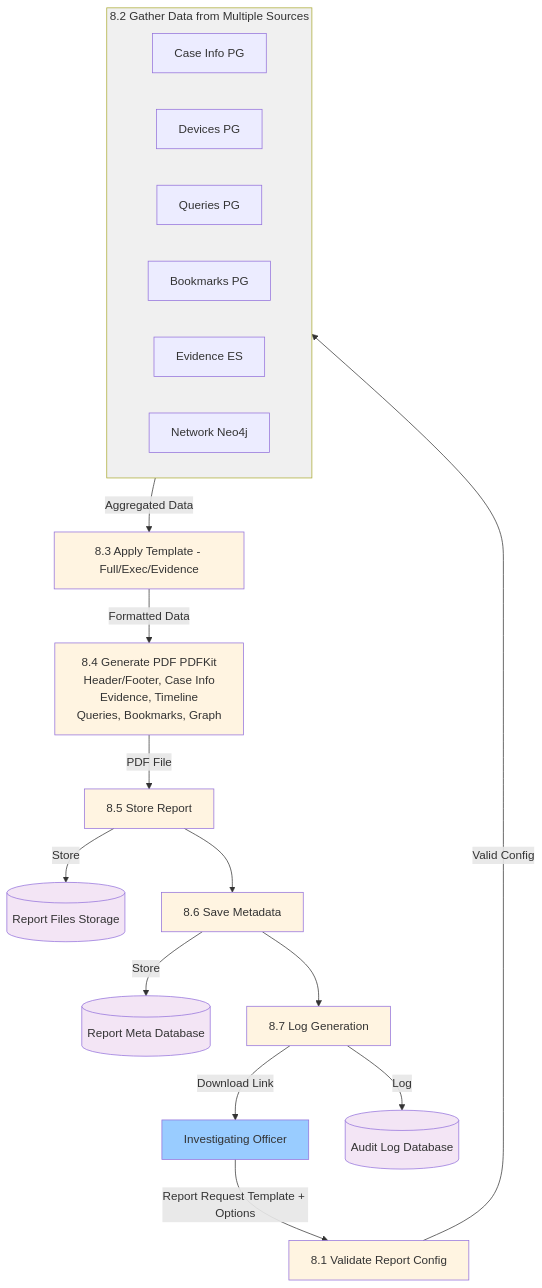
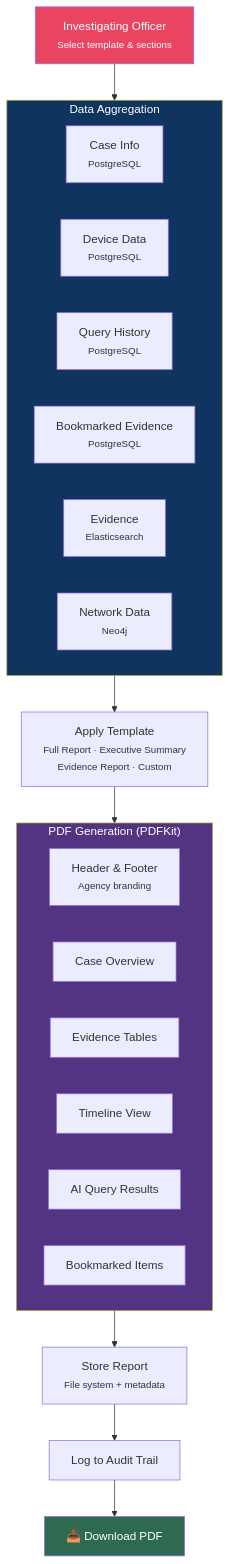
One commit to beingbrijesh/CopSight changed the seventh of 7 diagrams in DATA-FLOW-DIAGRAM.md. Above: the diagram before and after it, drawn with Mermaid. The commit also changed other lines of this file and 10 other files, not shown here.

Commit message:
docs: Update architecture diagrams and blueprints with graphify structural analysis

````diff
--- a/DATA-FLOW-DIAGRAM.md
+++ b/DATA-FLOW-DIAGRAM.md
@@ -191,48 +339,36 @@
 ```mermaid
 flowchart TD
-    IO[Investigating Officer]
-    
-    R1[8.1 Validate Report Config]
-    
-    subgraph R2[8.2 Gather Data from Multiple Sources]
-        CaseInfo[Case Info PG]
-        Devices[Devices PG]
-        Queries[Queries PG]
-        Bookmarks[Bookmarks PG]
-        Evidence[Evidence ES]
-        Network[Network Neo4j]
+    IO["Investigating Officer<br/><small>Select template & sections</small>"]
+
+    subgraph Gather["Data Aggregation"]
+        direction LR
+        CaseInfo["Case Info<br/><small>PostgreSQL</small>"]
+        DeviceInfo["Device Data<br/><small>PostgreSQL</small>"]
+        Queries["Query History<br/><small>PostgreSQL</small>"]
+        Bookmarks["Bookmarked Evidence<br/><small>PostgreSQL</small>"]
+        Evidence["Evidence<br/><small>Elasticsearch</small>"]
+        Network["Network Data<br/><small>Neo4j</small>"]
     end
-    
-    R3[8.3 Apply Template - Full/Exec/Evidence]
-    R4[8.4 Generate PDF PDFKit<br/>Header/Footer, Case Info<br/>Evidence, Timeline<br/>Queries, Bookmarks, Graph]
-    R5[8.5 Store Report]
-    RFS[(Report Files Storage)]
-    R6[8.6 Save Metadata]
-    RMD[(Report Meta Database)]
-    R7[8.7 Log Generation]
-    ALD[(Audit Log Database)]
-    
-    IO -->|Report Request Template + Options| R1
-    R1 -->|Valid Config| R2
-    R2 -->|Aggregated Data| R3
-    R3 -->|Formatted Data| R4
-    R4 -->|PDF File| R5
-    R5 -->|Store| RFS
-    R5 --> R6
-    R6 -->|Store| RMD
-    R6 --> R7
-    R7 -->|Log| ALD
-    R7 -->|Download Link| IO
-    
-    style IO fill:#99ccff
-    style R1 fill:#fff4e1
-    style R2 fill:#f0f0f0
-    style R3 fill:#fff4e1
-    style R4 fill:#fff4e1
-    style R5 fill:#fff4e1
-    style R6 fill:#fff4e1
-    style R7 fill:#fff4e1
-    style RFS fill:#f3e5f5
-    style RMD fill:#f3e5f5
-    style ALD fill:#f3e5f5
+
+    Template["Apply Template<br/><small>Full Report · Executive Summary<br/>Evidence Report · Custom</small>"]
+
+    subgraph Generate["PDF Generation (PDFKit)"]
+        Header["Header & Footer<br/><small>Agency branding</small>"]
+        CaseSection["Case Overview"]
+        EvidenceSection["Evidence Tables"]
+        TimelineSection["Timeline View"]
+        QuerySection["AI Query Results"]
+        BookmarkSection["Bookmarked Items"]
+    end
+
+    Store["Store Report<br/><small>File system + metadata</small>"]
+    Audit["Log to Audit Trail"]
+    Download["📥 Download PDF"]
+
+    IO --> Gather --> Template --> Generate --> Store --> Audit --> Download
+
+    style IO fill:#e94560,color:#fff
+    style Gather fill:#0f3460,color:#fff
+    style Generate fill:#533483,color:#fff
+    style Download fill:#2d6a4f,color:#fff
 ```
````
